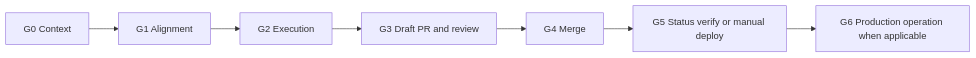
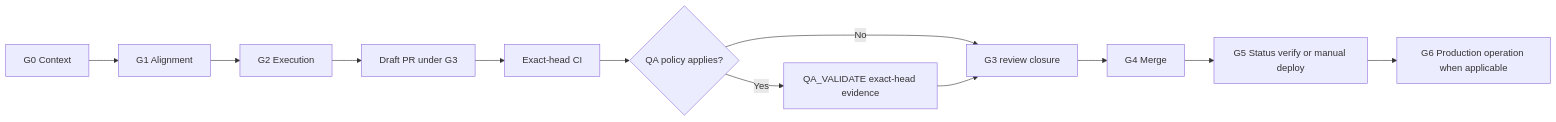
The diagram in README.md (nhatnguyenquang1838-coder/gwc), drawn with Mermaid before and after one commit. The commit also changed other lines of this file, not shown here.

Commit message:
docs(readme): clarify QA evidence path and freshness

````diff
--- a/README.md
+++ b/README.md
@@ -35,9 +35,14 @@
 ```mermaid
 flowchart LR
   G0[G0 Context] --> G1[G1 Alignment]
   G1 --> G2[G2 Execution]
-  G2 --> G3[G3 Draft PR and review]
+  G2 --> P[Draft PR under G3]
+  P --> CI[Exact-head CI]
+  CI --> Q{QA policy applies?}
+  Q -- Yes --> QA[QA_VALIDATE exact-head evidence]
+  Q -- No --> G3[G3 review closure]
+  QA --> G3
   G3 --> G4[G4 Merge]
   G4 --> G5[G5 Status verify or manual deploy]
   G5 --> G6[G6 Production operation when applicable]
 ```
````
